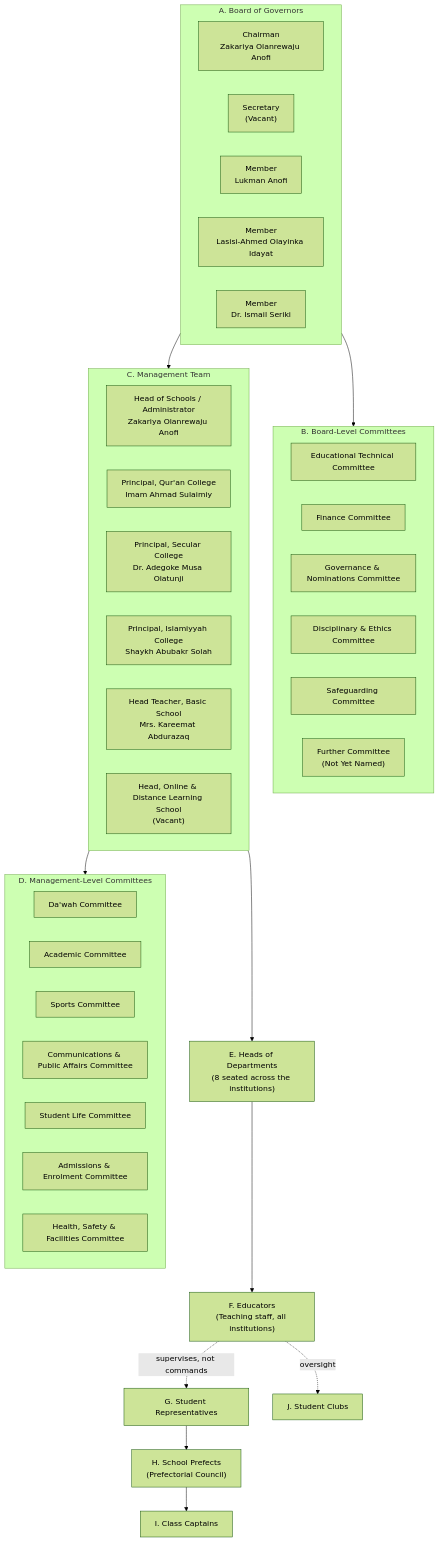
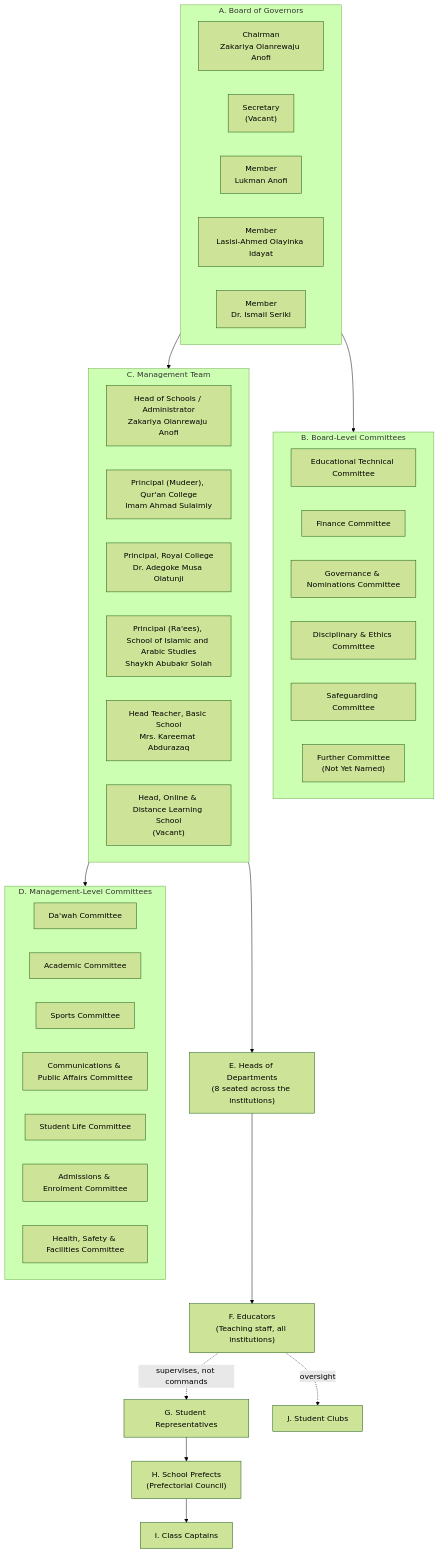
The first of 4 diagrams in docs/organisational-structure-manual.md (ahmadsulaimiy1/Sultan-), drawn with Mermaid (forest theme) before and after one commit. The commit also changed other lines of this file and 194 other files, not shown here.

````diff
--- a/docs/organisational-structure-manual.md
+++ b/docs/organisational-structure-manual.md
@@ -64,55 +64,55 @@
 ```mermaid
 flowchart TD
   subgraph A["A. Board of Governors"]
     A_Chair["Chairman<br/>Zakariya Olanrewaju Anofi"]
     A_Sec["Secretary<br/>(Vacant)"]
     A_M1["Member<br/>Lukman Anofi"]
     A_M2["Member<br/>Lasisi-Ahmed Olayinka Idayat"]
     A_M3["Member<br/>Dr. Ismail Seriki"]
   end
 
   subgraph B["B. Board-Level Committees"]
     B_ETC["Educational Technical Committee"]
     B_FC["Finance Committee"]
     B_GN["Governance & Nominations Committee"]
     B_DE["Disciplinary & Ethics Committee"]
     B_SG["Safeguarding Committee"]
     B_TBD["Further Committee<br/>(Not Yet Named)"]
   end
 
   subgraph C["C. Management Team"]
     C_HoS["Head of Schools / Administrator<br/>Zakariya Olanrewaju Anofi"]
-    C_P1["Principal, Qur'an College<br/>Imam Ahmad Sulaimiy"]
-    C_P2["Principal, Secular College<br/>Dr. Adegoke Musa Olatunji"]
-    C_P3["Principal, Islamiyyah College<br/>Shaykh Abubakr Solah"]
+    C_P1["Principal (Mudeer), Qur'an College<br/>Imam Ahmad Sulaimiy"]
+    C_P2["Principal, Royal College<br/>Dr. Adegoke Musa Olatunji"]
+    C_P3["Principal (Ra'ees), School of Islamic and Arabic Studies<br/>Shaykh Abubakr Solah"]
     C_HT["Head Teacher, Basic School<br/>Mrs. Kareemat Abdurazaq"]
     C_P5["Head, Online &amp; Distance Learning School<br/>(Vacant)"]
   end
 
   subgraph D["D. Management-Level Committees"]
     D_DW["Da'wah Committee"]
     D_AC["Academic Committee"]
     D_SP["Sports Committee"]
     D_CPA["Communications & Public Affairs Committee"]
     D_SL["Student Life Committee"]
     D_AE["Admissions & Enrolment Committee"]
     D_HSF["Health, Safety & Facilities Committee"]
   end
 
   E["E. Heads of Departments<br/>(8 seated across the institutions)"]
   F["F. Educators<br/>(Teaching staff, all institutions)"]
   G["G. Student Representatives"]
   H["H. School Prefects<br/>(Prefectorial Council)"]
   I["I. Class Captains"]
   J["J. Student Clubs"]
 
   A --> B
   A --> C
   C --> D
   C --> E
   E --> F
   F -.supervises, not commands.-> G
   G --> H
   H --> I
   F -.oversight.-> J
 ```
````
